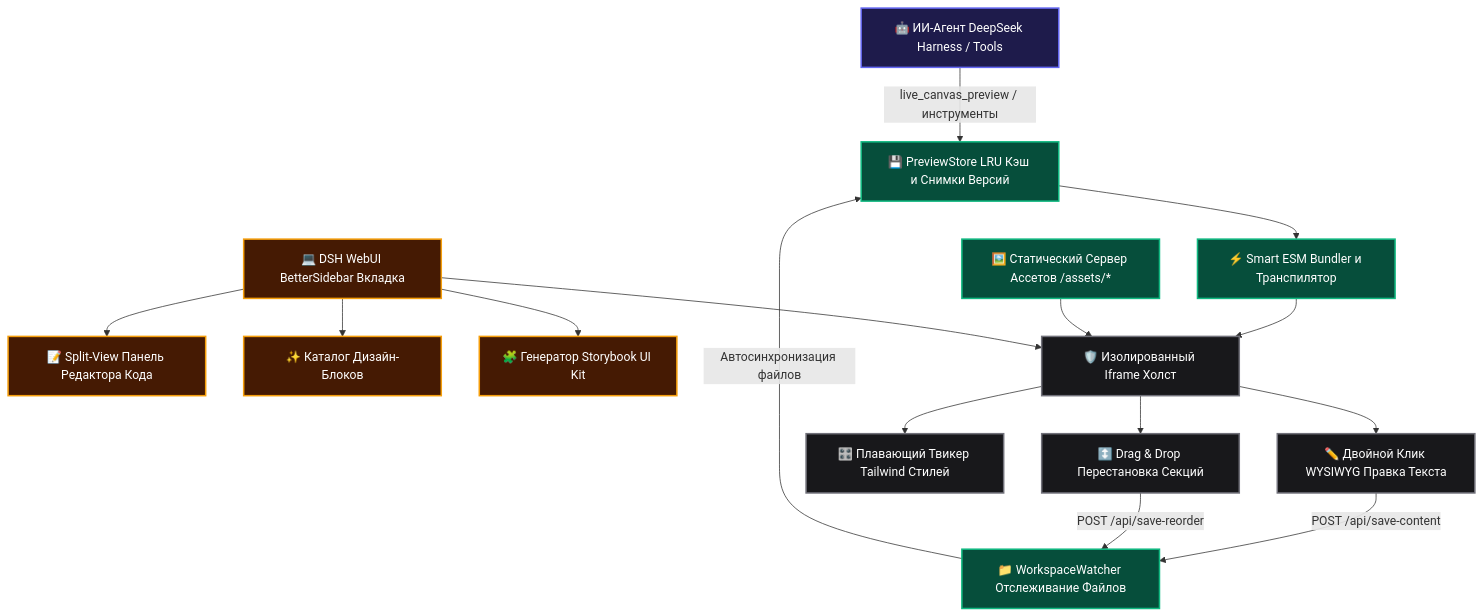
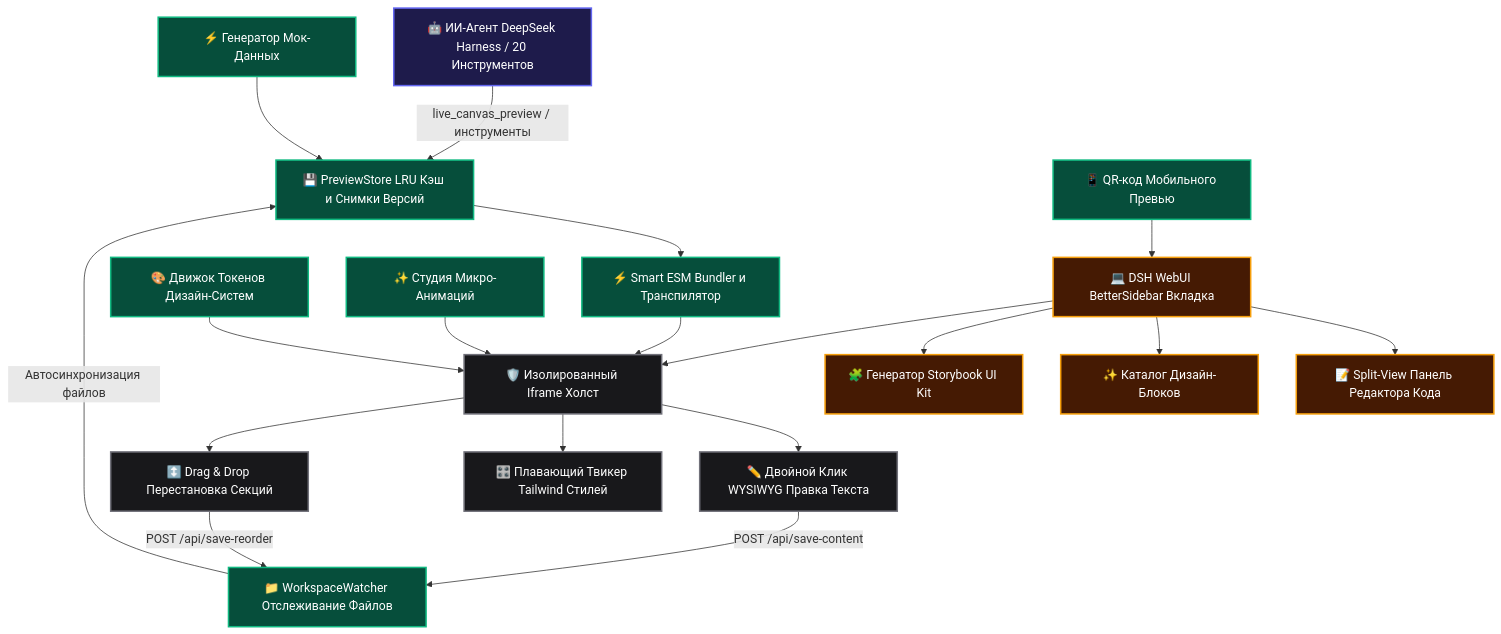
The diagram in README.ru.md (GooDAnDReaDY/dsh-live-canvas), drawn with Mermaid before and after one commit. The commit also changed other lines of this file and 13 other files, not shown here.

First line of the commit message:
feat(batch3): Pro Studio expansion — AI Theme Engine, Visual Regression Audit, Motion Studio, Smart Mock Generator, QR Code Share (#70, #71, #72, #73, #74)

````diff
--- a/README.ru.md
+++ b/README.ru.md
@@ -42,40 +42,46 @@
 ```mermaid
 graph TD
     classDef agent fill:#1e1b4b,stroke:#6366f1,stroke-width:2px,color:#fff;
     classDef core fill:#064e3b,stroke:#10b981,stroke-width:2px,color:#fff;
     classDef ui fill:#451a03,stroke:#f59e0b,stroke-width:2px,color:#fff;
     classDef sandbox fill:#18181b,stroke:#71717a,stroke-width:2px,color:#fff;
 
-    Agent[🤖 ИИ-Агент DeepSeek Harness / Tools]:::agent
+    Agent[🤖 ИИ-Агент DeepSeek Harness / 20 Инструментов]:::agent
     Store[💾 PreviewStore LRU Кэш и Снимки Версий]:::core
     Watcher[📁 WorkspaceWatcher Отслеживание Файлов]:::core
     Bundler[⚡ Smart ESM Bundler и Транспилятор]:::core
-    StaticAsset[🖼️ Статический Сервер Ассетов /assets/*]:::core
+    Themes[🎨 Движок Токенов Дизайн-Систем]:::core
+    Faker[⚡ Генератор Мок-Данных]:::core
+    Motion[✨ Студия Микро-Анимаций]:::core
+    Share[📱 QR-код Мобильного Превью]:::core
 
     WebUI[💻 DSH WebUI BetterSidebar Вкладка]:::ui
     EditorDrawer[📝 Split-View Панель Редактора Кода]:::ui
     BlocksModal[✨ Каталог Дизайн-Блоков]:::ui
     Storybook[🧩 Генератор Storybook UI Kit]:::ui
 
     SandboxFrame[🛡️ Изолированный Iframe Холст]:::sandbox
     WYSIWYG[✏️ Двойной Клик WYSIWYG Правка Текста]:::sandbox
     StyleTweaker[🎛️ Плавающий Твикер Tailwind Стилей]:::sandbox
     DnD[↕️ Drag & Drop Перестановка Секций]:::sandbox
 
     Agent -->|live_canvas_preview / инструменты| Store
     Watcher -->|Автосинхронизация файлов| Store
     Store --> Bundler
+    Themes --> SandboxFrame
+    Motion --> SandboxFrame
+    Faker --> Store
+    Share --> WebUI
     Bundler --> SandboxFrame
-    StaticAsset --> SandboxFrame
 
     WebUI --> EditorDrawer
     WebUI --> BlocksModal
     WebUI --> Storybook
     WebUI --> SandboxFrame
 
     SandboxFrame --> WYSIWYG
     SandboxFrame --> StyleTweaker
     SandboxFrame --> DnD
     WYSIWYG -->|POST /api/save-content| Watcher
     DnD -->|POST /api/save-reorder| Watcher
 ```
````
